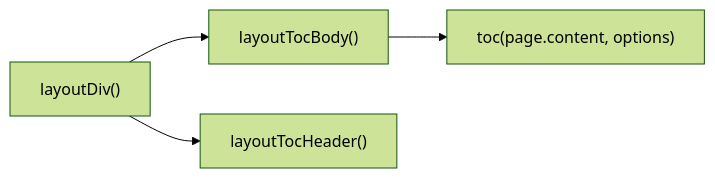
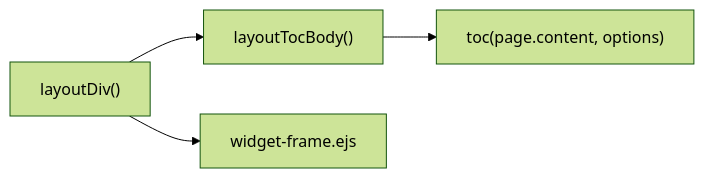
One commit to penndu/hexo changed the second of 7 diagrams in themes/stellar/docs/knowledge/05-前端交互/toc-system.md. Above: the diagram before and after it, drawn with Mermaid (forest theme). The commit also changed other lines of this file and 104 other files, not shown here.

````diff
--- a/themes/stellar/docs/knowledge/05-前端交互/toc-system.md
+++ b/themes/stellar/docs/knowledge/05-前端交互/toc-system.md
@@ -83,11 +85,11 @@
 ```mermaid
 graph LR
     layoutDiv["layoutDiv()"]
     layoutTocBody["layoutTocBody()"]
-    layoutTocHeader["layoutTocHeader()"]
+    widgetFrame["widget-frame.ejs"]
     tocHelper["toc(page.content, options)"]
 
     layoutDiv --> layoutTocBody
-    layoutDiv --> layoutTocHeader
+    layoutDiv --> widgetFrame
     layoutTocBody --> tocHelper
 ```
````
